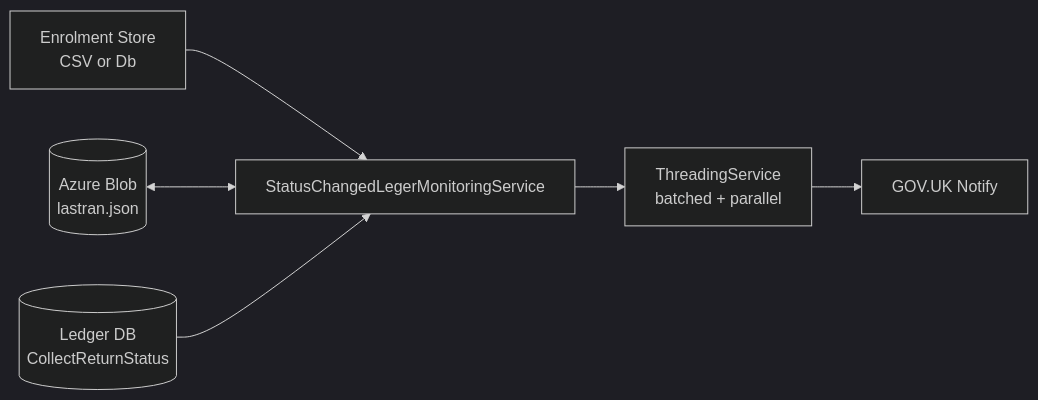
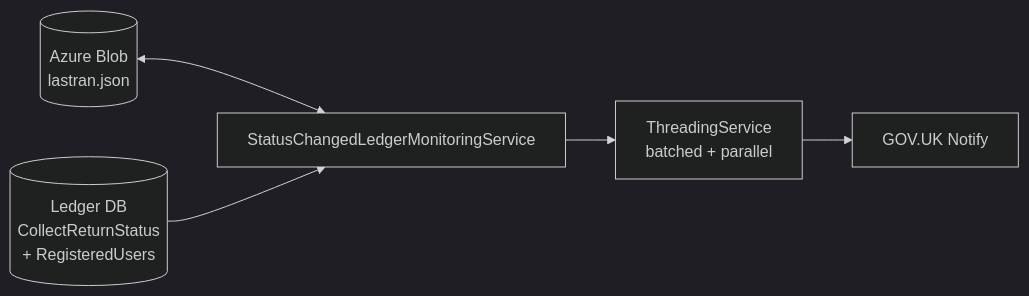
The diagram in README.md (DFE-Digital/SchoolAccount-CollectNotifications), drawn with Mermaid (dark theme) before and after one commit. The commit also changed other lines of this file and 16 other files, not shown here.

````diff
--- a/README.md
+++ b/README.md
@@ -23,8 +21,7 @@
 ```mermaid
 flowchart LR
-    A[Enrolment Store<br/>CSV or Db] --> D[StatusChangedLegerMonitoringService]
     B[(Azure Blob<br/>lastran.json)] <--> D
-    C[(Ledger DB<br/>CollectReturnStatus)] --> D
+    C[(Ledger DB<br/>CollectReturnStatus<br/>+ RegisteredUsers)] --> D[StatusChangedLedgerMonitoringService]
     D --> E[ThreadingService<br/>batched + parallel]
     E --> F[GOV.UK Notify]
 ```
````
